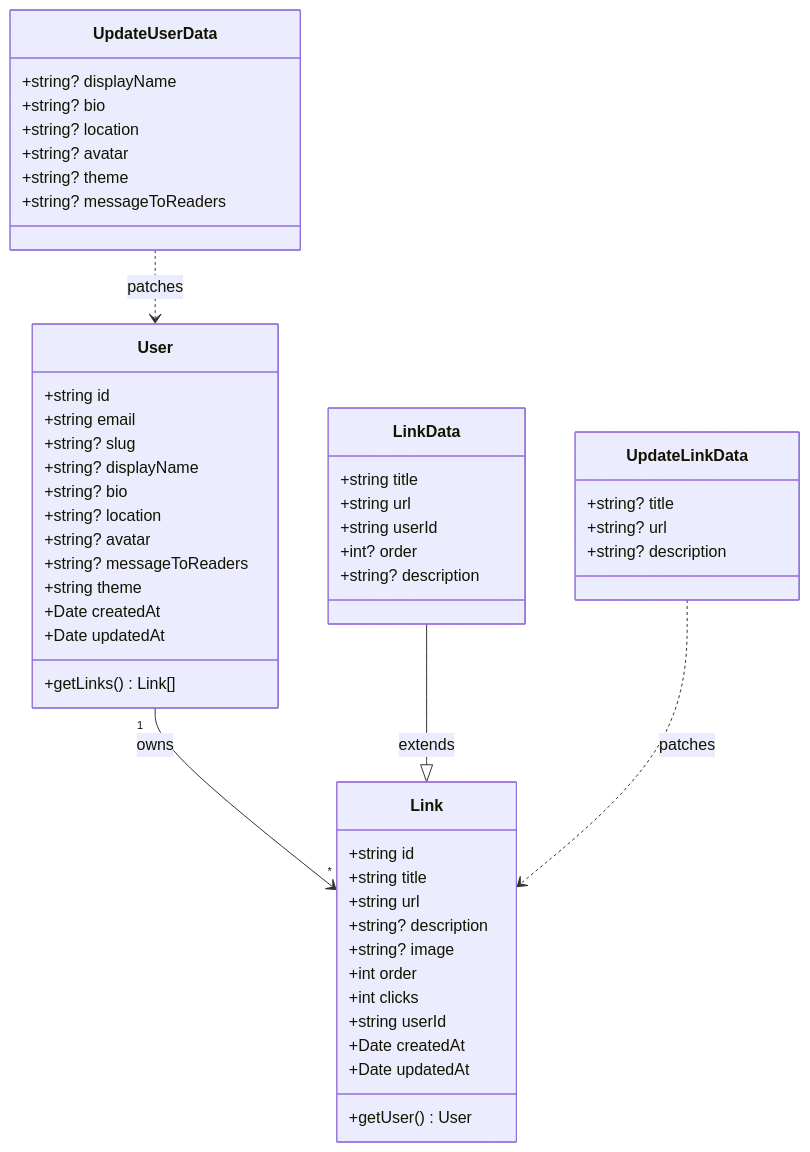
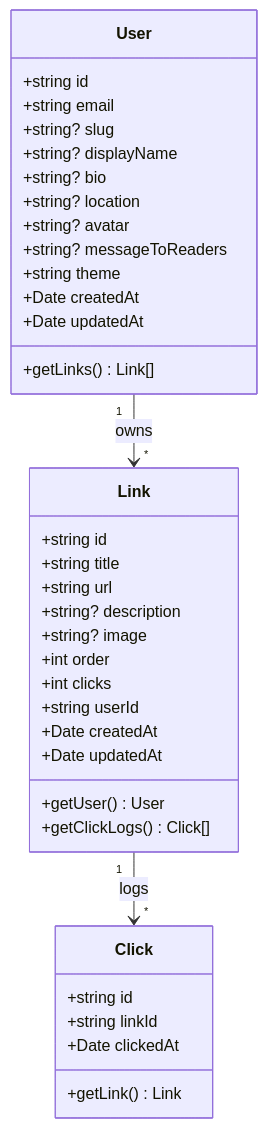
Before and after one commit to ddamaceno/NodeTree: the diagram in .docs/diagrama-classes.md, drawn with Mermaid. The commit also changed other lines of this file, not shown here.

Commit message:
docs: keep only the 3 domain entities (User, Link, Click) in class diagram

````diff
--- a/.docs/diagrama-classes.md
+++ b/.docs/diagrama-classes.md
@@ -3,59 +3,42 @@
 ```mermaid
 classDiagram
     class User {
         +string id
         +string email
         +string? slug
         +string? displayName
         +string? bio
         +string? location
         +string? avatar
         +string? messageToReaders
         +string theme
         +Date createdAt
         +Date updatedAt
         +getLinks() Link[]
     }
 
     class Link {
         +string id
         +string title
         +string url
         +string? description
         +string? image
         +int order
         +int clicks
         +string userId
         +Date createdAt
         +Date updatedAt
         +getUser() User
+        +getClickLogs() Click[]
     }
 
-    class LinkData {
-        +string title
-        +string url
-        +string userId
-        +int? order
-        +string? description
-    }
-
-    class UpdateLinkData {
-        +string? title
-        +string? url
-        +string? description
-    }
-
-    class UpdateUserData {
-        +string? displayName
-        +string? bio
-        +string? location
-        +string? avatar
-        +string? theme
-        +string? messageToReaders
+    class Click {
+        +string id
+        +string linkId
+        +Date clickedAt
+        +getLink() Link
     }
 
     User "1" --> "*" Link : owns
-    LinkData --|> Link : extends
-    UpdateLinkData ..> Link : patches
-    UpdateUserData ..> User : patches
+    Link "1" --> "*" Click : logs
 ```
````
